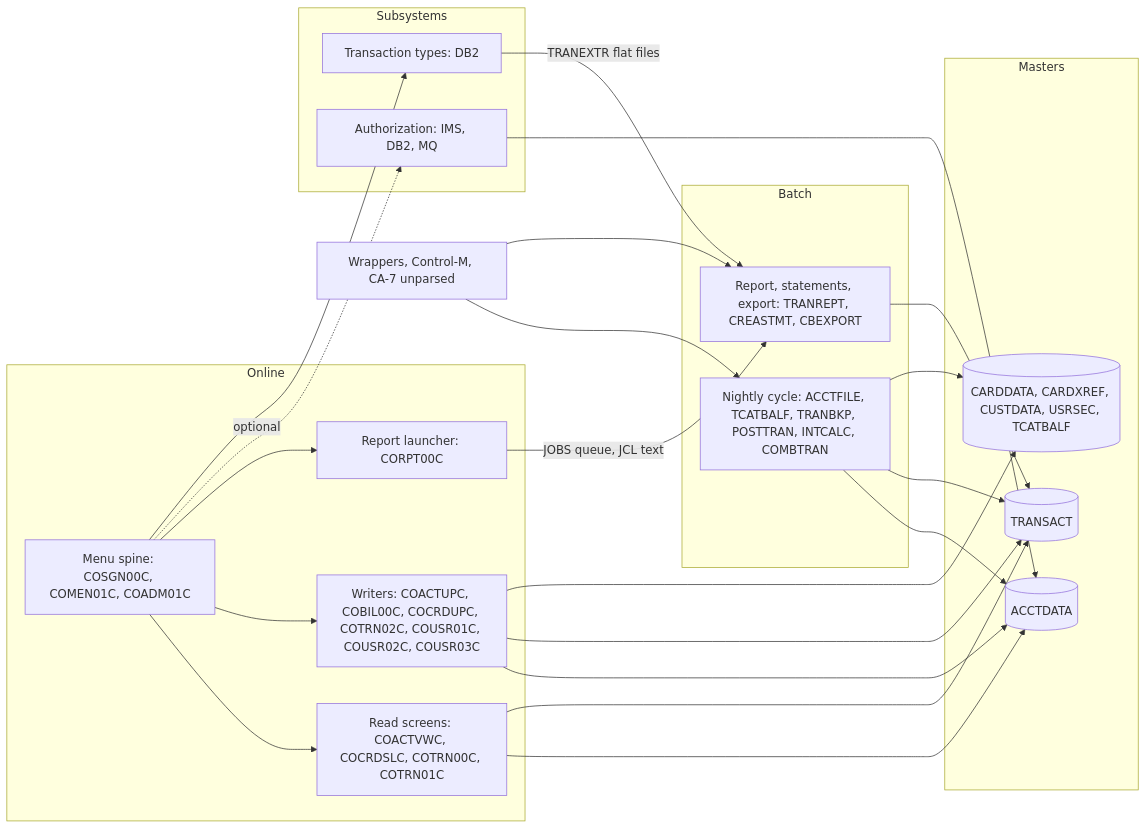
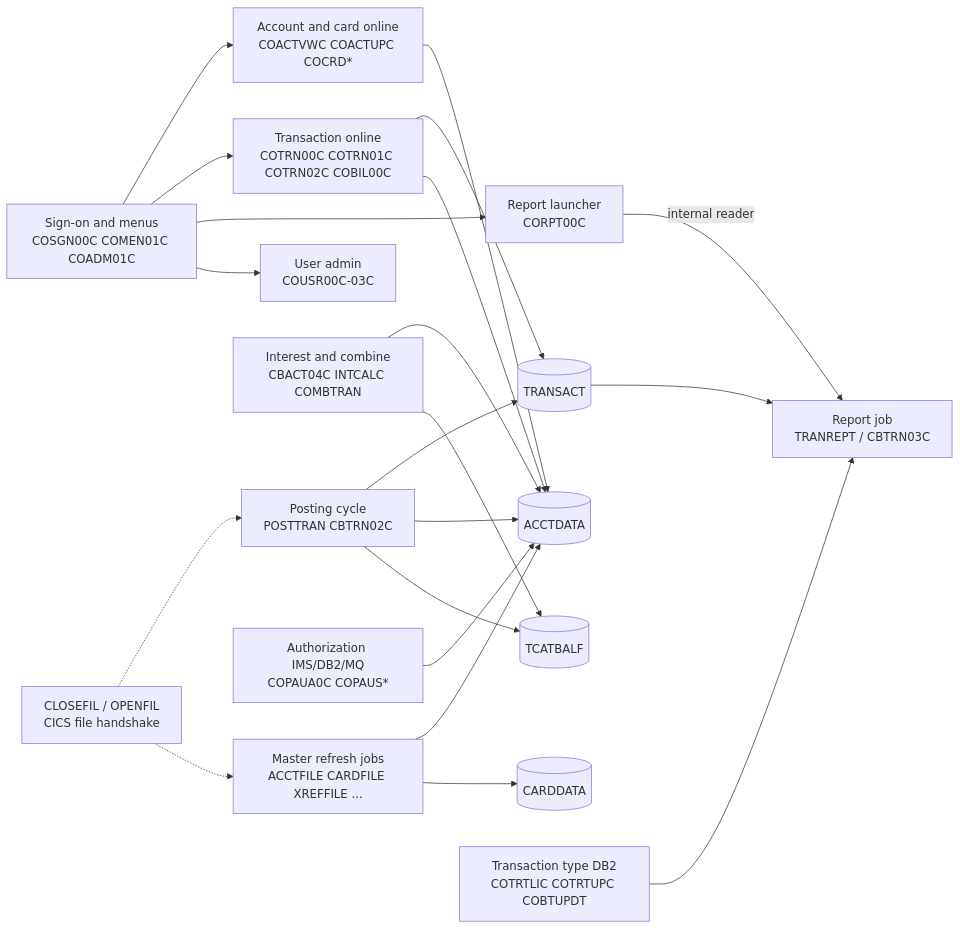
Before and after one commit to Sparq-Holding-Inc/claude-legacy-modernization: the diagram in evals/runs/carddemo-1/modernization-assessment/02-coupling.md, drawn with Mermaid. The commit also changed other lines of this file and 268 other files, not shown here.

````diff
--- a/evals/runs/carddemo-1/modernization-assessment/02-coupling.md
+++ b/evals/runs/carddemo-1/modernization-assessment/02-coupling.md
@@ -44,42 +40,23 @@
 ```mermaid
-flowchart LR
-  subgraph Online
-    SPINE["Menu spine: COSGN00C, COMEN01C, COADM01C"]
-    VIEW["Read screens: COACTVWC, COCRDSLC, COTRN00C, COTRN01C"]
-    WRITE["Writers: COACTUPC, COBIL00C, COCRDUPC, COTRN02C, COUSR01C, COUSR02C, COUSR03C"]
-    RPT["Report launcher: CORPT00C"]
-  end
-  subgraph Masters
-    ACCT[("ACCTDATA")]
-    TRAN[("TRANSACT")]
-    OTHER[("CARDDATA, CARDXREF, CUSTDATA, USRSEC, TCATBALF")]
-  end
-  subgraph Batch
-    CYCLE["Nightly cycle: ACCTFILE, TCATBALF, TRANBKP, POSTTRAN, INTCALC, COMBTRAN"]
-    READ["Report, statements, export: TRANREPT, CREASTMT, CBEXPORT"]
-  end
-  subgraph Subsystems
-    AUTH["Authorization: IMS, DB2, MQ"]
-    TYPES["Transaction types: DB2"]
-  end
-  SCHED["Wrappers, Control-M, CA-7 unparsed"]
-  SPINE --> VIEW
-  SPINE --> WRITE
-  SPINE --> RPT
-  SPINE -.optional.-> AUTH
-  SPINE --> TYPES
-  VIEW --> ACCT
-  VIEW --> TRAN
-  WRITE --> ACCT
-  WRITE --> TRAN
-  WRITE --> OTHER
-  RPT -->|JOBS queue, JCL text| READ
-  CYCLE --> ACCT
-  CYCLE --> TRAN
-  CYCLE --> OTHER
-  READ --> TRAN
-  TYPES -->|TRANEXTR flat files| READ
-  AUTH --> ACCT
-  SCHED --> CYCLE
-  SCHED --> READ
+graph LR
+  UI["Sign-on and menus<br/>COSGN00C COMEN01C COADM01C"] --> ACT["Account and card online<br/>COACTVWC COACTUPC COCRD*"]
+  UI --> TRN["Transaction online<br/>COTRN00C COTRN01C COTRN02C COBIL00C"]
+  UI --> RPT["Report launcher<br/>CORPT00C"]
+  UI --> USR["User admin<br/>COUSR00C-03C"]
+  RPT -- "internal reader" --> REPJ["Report job<br/>TRANREPT / CBTRN03C"]
+  POST["Posting cycle<br/>POSTTRAN CBTRN02C"] --> TXN[("TRANSACT")]
+  POST --> ACCT[("ACCTDATA")]
+  POST --> TCB[("TCATBALF")]
+  INT["Interest and combine<br/>CBACT04C INTCALC COMBTRAN"] --> ACCT
+  INT --> TCB
+  ACT --> ACCT
+  TRN --> TXN
+  TRN --> ACCT
+  REFR["Master refresh jobs<br/>ACCTFILE CARDFILE XREFFILE ..."] --> ACCT
+  REFR --> CARD[("CARDDATA")]
+  TXN --> REPJ
+  GATE["CLOSEFIL / OPENFIL<br/>CICS file handshake"] -.-> POST
+  GATE -.-> REFR
+  AUTH["Authorization IMS/DB2/MQ<br/>COPAUA0C COPAUS*"] --> ACCT
+  TTYPE["Transaction type DB2<br/>COTRTLIC COTRTUPC COBTUPDT"] --> REPJ
 ```
````
